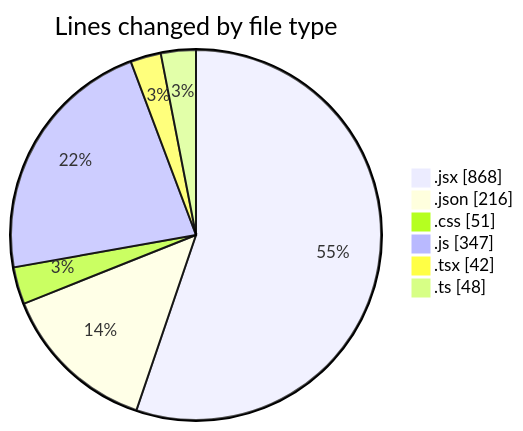
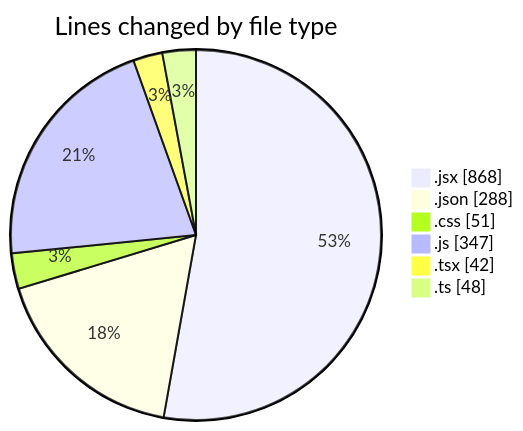
The first of 2 diagrams in 2026-03-19/commonwealth-front-end-task/README.md (momahboobian/code-tracking), drawn with Mermaid before and after one commit. The commit also changed other lines of this file and 1 other file, not shown here.

````diff
--- a/2026-03-19/commonwealth-front-end-task/README.md
+++ b/2026-03-19/commonwealth-front-end-task/README.md
@@ -38,10 +38,10 @@
 ```mermaid
 pie showData
 title Lines changed by file type
 ".jsx" : 868
-".json" : 216
+".json" : 288
 ".css" : 51
 ".js" : 347
 ".tsx" : 42
 ".ts" : 48
 ```
````
